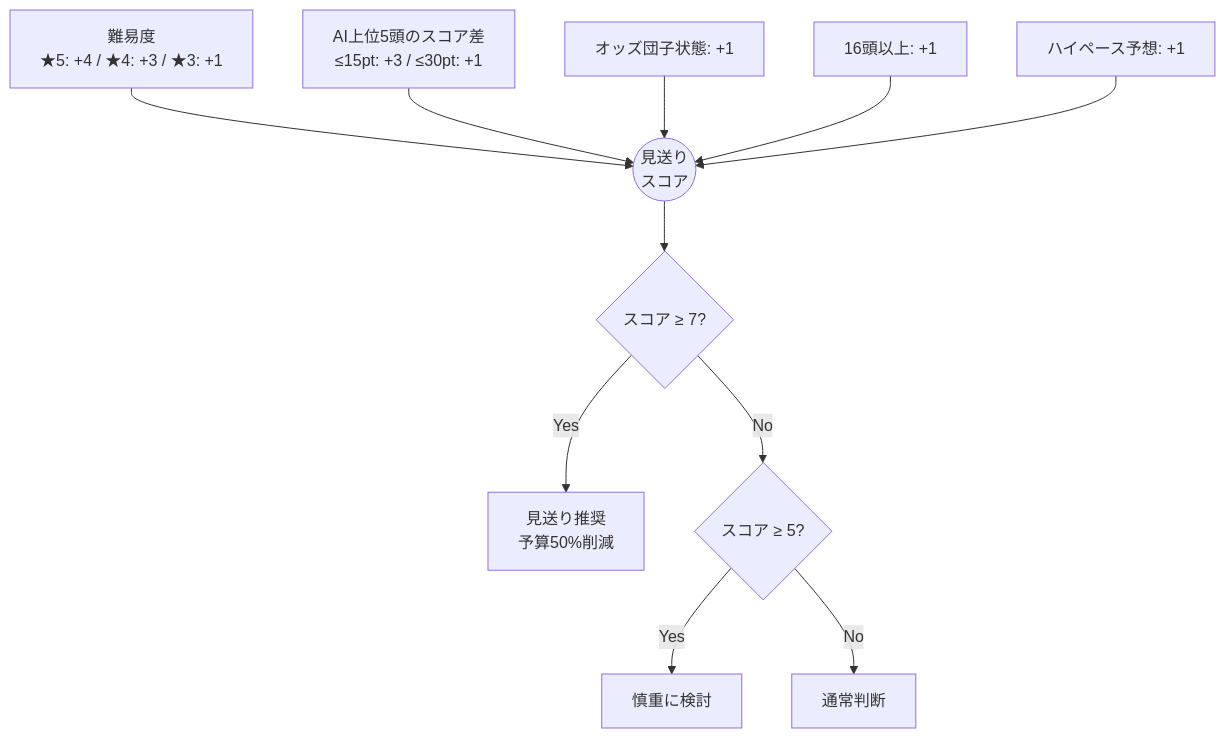
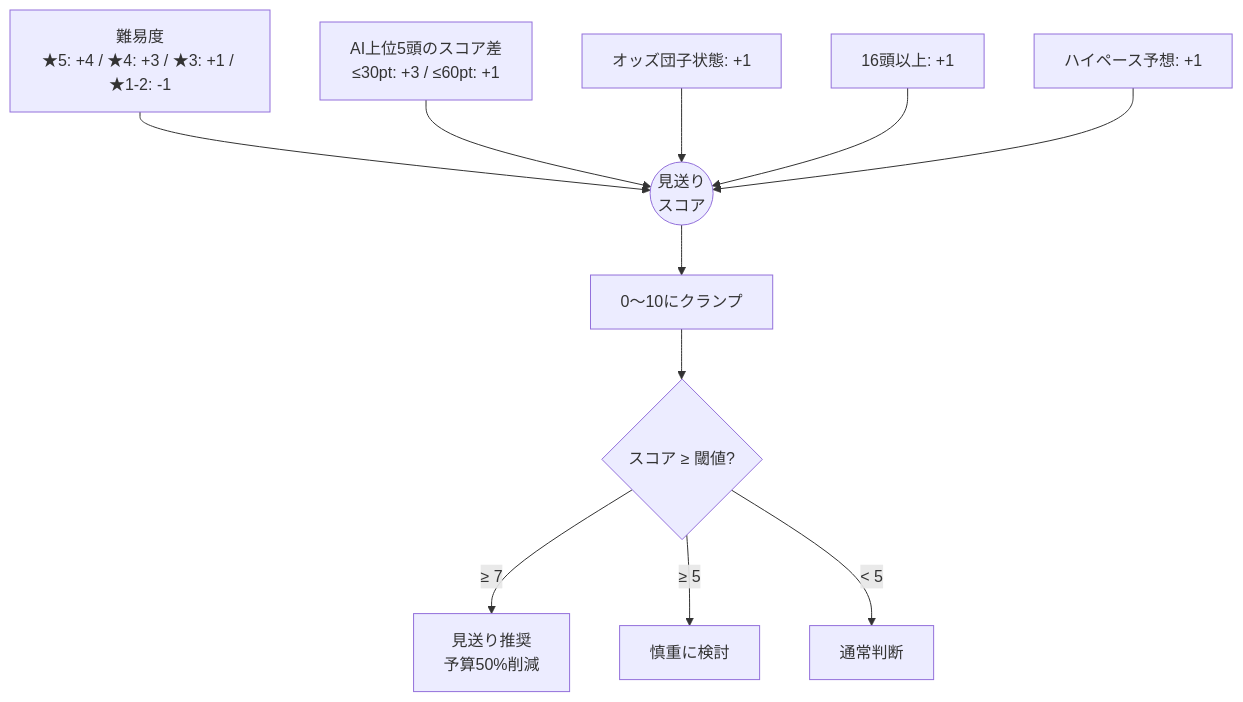
The ninth of 10 diagrams in docs/bet-proposal-logic.md (foie0222/baken-kaigi), drawn with Mermaid before and after one commit. The commit also changed other lines of this file, not shown here.

````diff
--- a/docs/bet-proposal-logic.md
+++ b/docs/bet-proposal-logic.md
@@ -221,14 +536,14 @@
 ```mermaid
 flowchart TD
-    D[難易度<br>★5: +4 / ★4: +3 / ★3: +1] --> SS((見送り<br>スコア))
-    AI[AI上位5頭のスコア差<br>≤15pt: +3 / ≤30pt: +1] --> SS
+    D[難易度<br>★5: +4 / ★4: +3 / ★3: +1 / ★1-2: -1] --> SS((見送り<br>スコア))
+    AI[AI上位5頭のスコア差<br>≤30pt: +3 / ≤60pt: +1] --> SS
     OD[オッズ団子状態: +1] --> SS
     MH[16頭以上: +1] --> SS
     HP[ハイペース予想: +1] --> SS
 
-    SS --> J{スコア ≥ 7?}
-    J -->|Yes| SKIP[見送り推奨<br>予算50%削減]
-    J -->|No| J2{スコア ≥ 5?}
-    J2 -->|Yes| CAUTION[慎重に検討]
-    J2 -->|No| OK[通常判断]
+    SS --> CLAMP[0〜10にクランプ]
+    CLAMP --> J{スコア ≥ 閾値?}
+    J -->|≥ 7| SKIP[見送り推奨<br>予算50%削減]
+    J -->|≥ 5| CAUTION[慎重に検討]
+    J -->|< 5| OK[通常判断]
 ```
````
